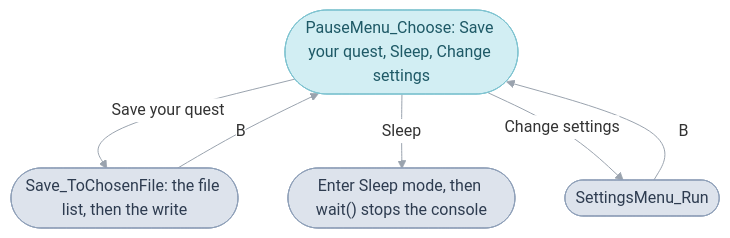
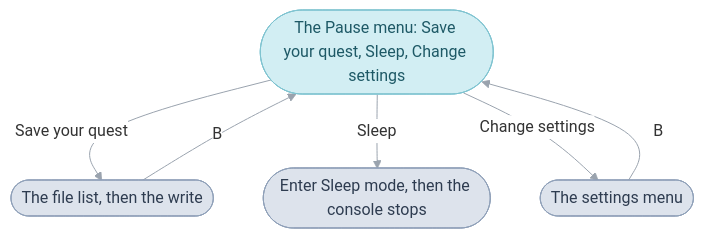
The fifth of 5 diagrams in games/tbs/src/window/README.md (PascalPixel/alchemy), drawn with Mermaid before and after one commit. The commit also changed other lines of this file and 21 other files, not shown here.

````diff
--- a/games/tbs/src/window/README.md
+++ b/games/tbs/src/window/README.md
@@ -485,13 +405,13 @@
 ```mermaid
 %%{init: {"theme": "base", "themeVariables": {"lineColor": "#9AA3AE", "edgeLabelBackground": "#FFFFFF"}, "flowchart": {"curve": "basis", "padding": 12}}}%%
 flowchart TD
-  pause(["PauseMenu_Choose: Save your quest, Sleep, Change settings"]) -- "Save your quest" --> save(["Save_ToChosenFile: the file list, then the write"])
-  pause -- "Sleep" --> sleep(["Enter Sleep mode, then wait() stops the console"])
-  pause -- "Change settings" --> settings(["SettingsMenu_Run"])
+  pause(["The Pause menu: Save your quest, Sleep, Change settings"]) -- "Save your quest" --> save(["The file list, then the write"])
+  pause -- "Sleep" --> sleep(["Enter Sleep mode, then the console stops"])
+  pause -- "Change settings" --> settings(["The settings menu"])
   save -- "B" --> pause
   settings -- "B" --> pause
   classDef menu fill:#D2EEF3,stroke:#7FC3D0,color:#1E5966
   classDef out fill:#DDE3EC,stroke:#8FA0B8,color:#2E3C50
   class pause menu
   class save,sleep,settings out
 ```
````
